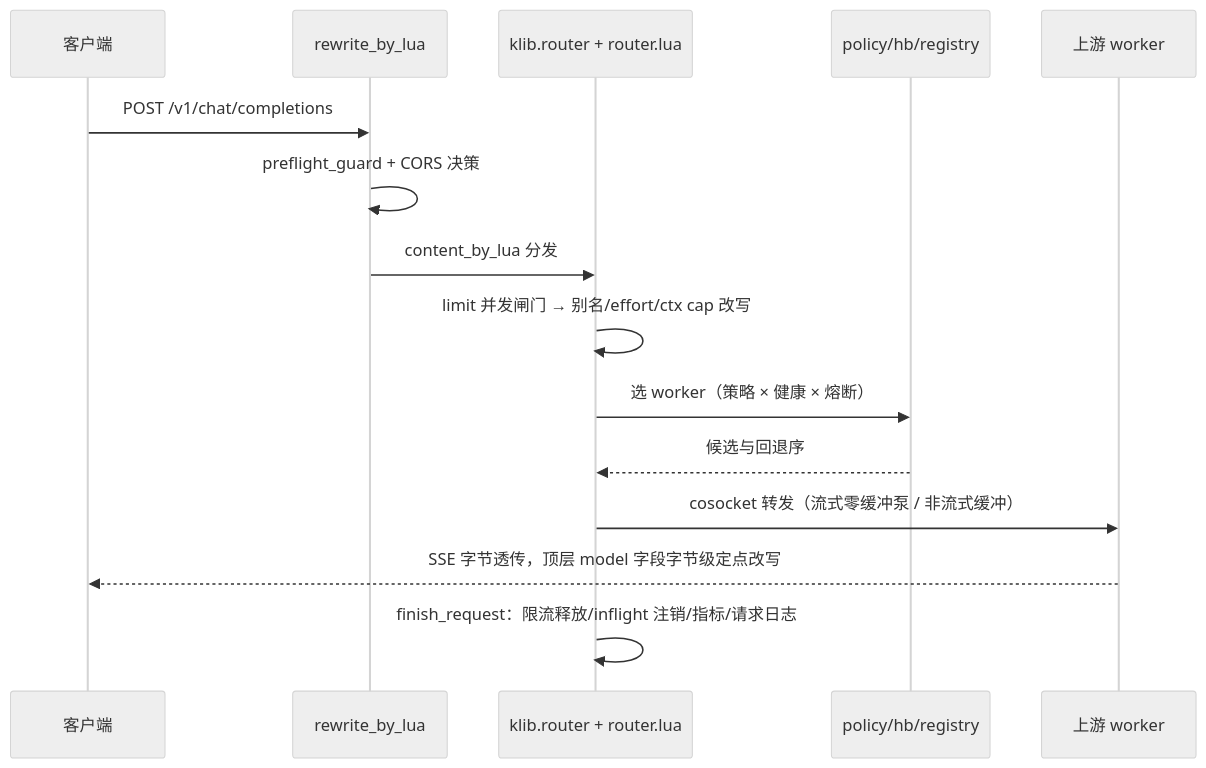
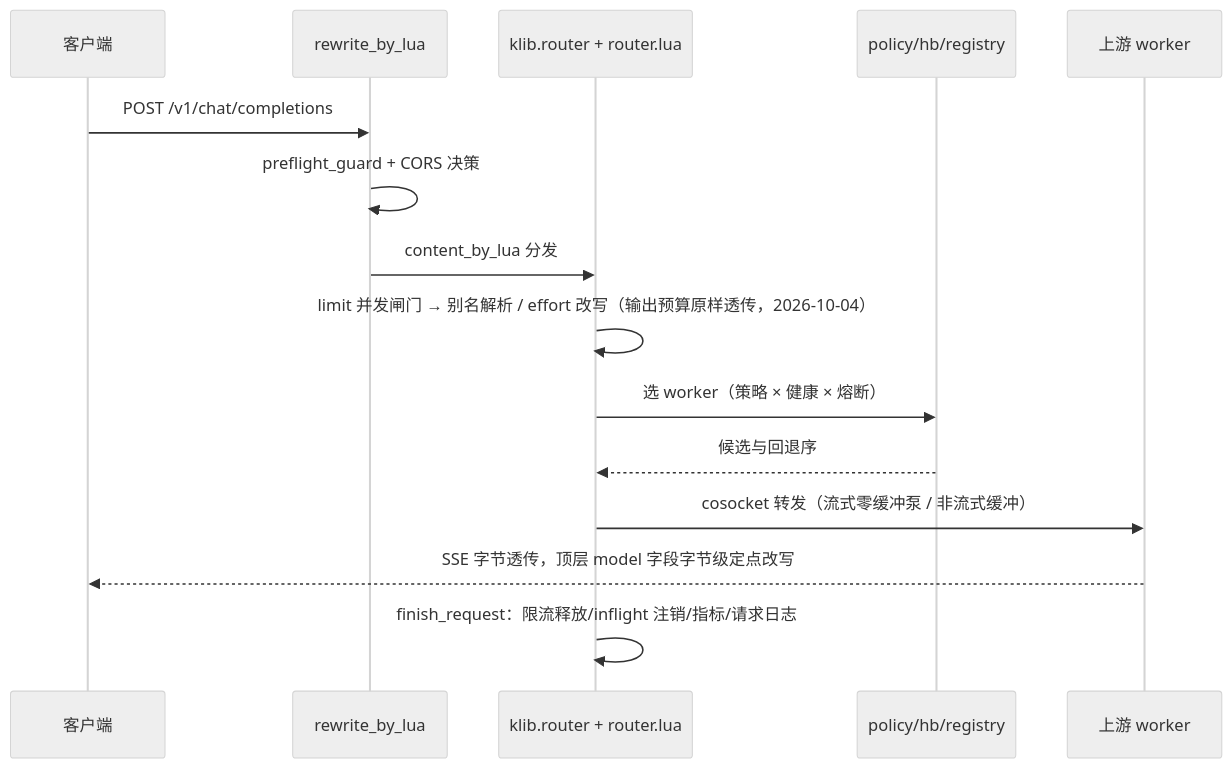
The second of 2 diagrams in doc/architect.md (yorkane/lua-router), drawn with Mermaid (neutral theme) before and after one commit. The commit also changed other lines of this file and 4 other files, not shown here.

````diff
--- a/doc/architect.md
+++ b/doc/architect.md
@@ -81,17 +81,17 @@
 ```mermaid
 sequenceDiagram
   participant CL as 客户端
   participant RW as rewrite_by_lua
   participant KR as klib.router + router.lua
   participant PL as policy/hb/registry
   participant UP as 上游 worker
   CL->>RW: POST /v1/chat/completions
   RW->>RW: preflight_guard + CORS 决策
   RW->>KR: content_by_lua 分发
-  KR->>KR: limit 并发闸门 → 别名/effort/ctx cap 改写
+  KR->>KR: limit 并发闸门 → 别名解析 / effort 改写（输出预算原样透传，2026-10-04）
   KR->>PL: 选 worker（策略 × 健康 × 熔断）
   PL-->>KR: 候选与回退序
   KR->>UP: cosocket 转发（流式零缓冲泵 / 非流式缓冲）
   UP-->>CL: SSE 字节透传，顶层 model 字段字节级定点改写
   KR->>KR: finish_request：限流释放/inflight 注销/指标/请求日志
 ```
````
